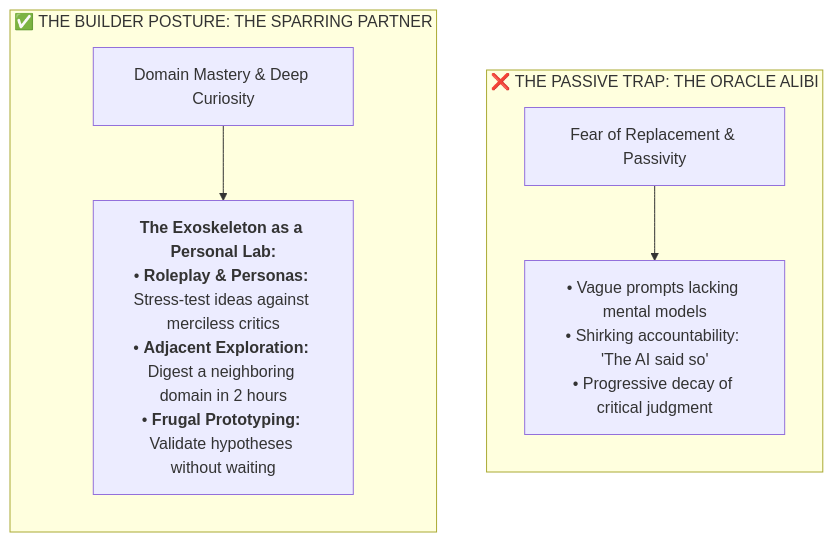
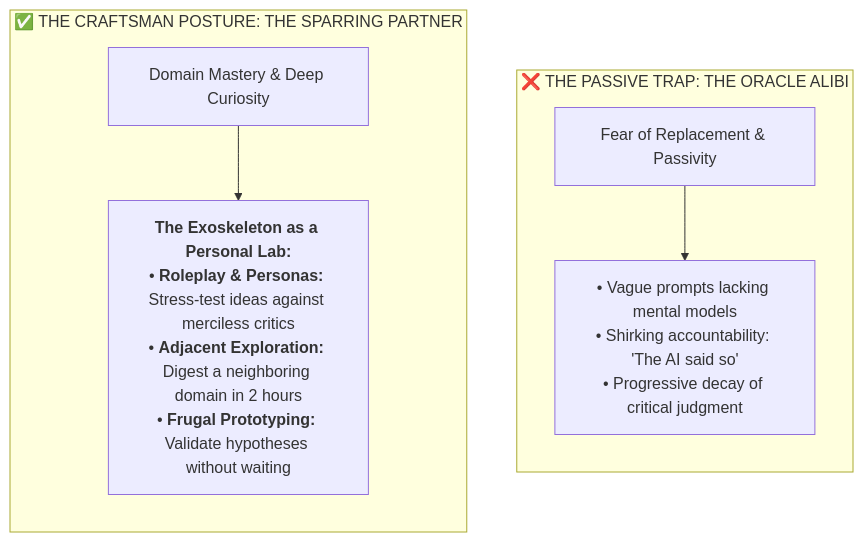
The fifth of 10 diagrams in content/posts/2026-09-19-ai-exoskelton-for-builders-not-oracle.md (gpineda-dev/gpineda-dev.github.io), drawn with Mermaid before and after one commit. The commit also changed other lines of this file and 1 other file, not shown here.

````diff
--- a/content/posts/2026-09-19-ai-exoskelton-for-builders-not-oracle.md
+++ b/content/posts/2026-09-19-ai-exoskelton-for-builders-not-oracle.md
@@ -225,11 +223,11 @@
 ```mermaid
 flowchart TD
     subgraph Passive["❌ THE PASSIVE TRAP: THE ORACLE ALIBI"]
         direction TB
         P1["Fear of Replacement & Passivity"] --> P2["• Vague prompts lacking mental models<br>• Shirking accountability: 'The AI said so'<br>• Progressive decay of critical judgment"]
     end
-    subgraph Active["✅ THE BUILDER POSTURE: THE SPARRING PARTNER"]
+    subgraph Active["✅ THE CRAFTSMAN POSTURE: THE SPARRING PARTNER"]
         direction TB
         A1["Domain Mastery & Deep Curiosity"] --> A2["<b>The Exoskeleton as a Personal Lab:</b><br>• <b>Roleplay & Personas:</b> Stress-test ideas against merciless critics<br>• <b>Adjacent Exploration:</b> Digest a neighboring domain in 2 hours<br>• <b>Frugal Prototyping:</b> Validate hypotheses without waiting"]
     end
 ```
````
